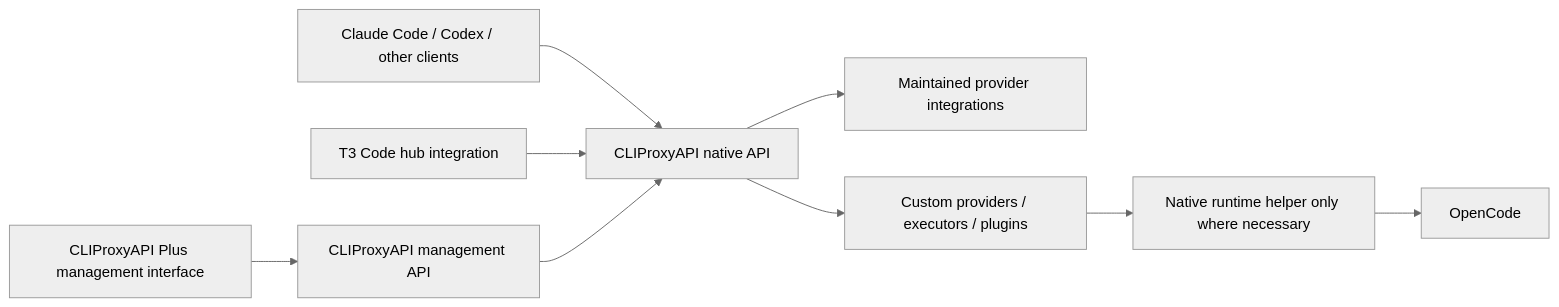
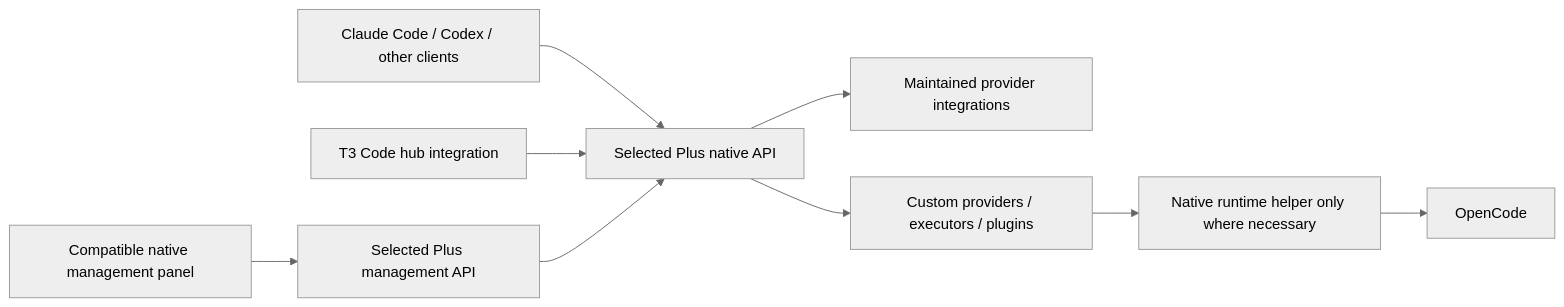
Before and after one commit to anschmieg/tokligence-gateway: the diagram in docs/design/gateway-product-scope-refactor.md, drawn with Mermaid (neutral theme). The commit also changed other lines of this file, not shown here.

Commit message:
docs: resolve gateway architecture review gaps and migration gates

````diff
--- a/docs/design/gateway-product-scope-refactor.md
+++ b/docs/design/gateway-product-scope-refactor.md
@@ -16,11 +16,11 @@
 ```mermaid
 flowchart LR
-    C[Claude Code / Codex / other clients] --> Q[CLIProxyAPI native API]
+    C[Claude Code / Codex / other clients] --> Q[Selected Plus native API]
     T[T3 Code hub integration] --> Q
-    M[CLIProxyAPI Plus management interface] --> A[CLIProxyAPI management API]
+    M[Compatible native management panel] --> A[Selected Plus management API]
     A --> Q
     Q --> P[Maintained provider integrations]
     Q --> X[Custom providers / executors / plugins]
     X --> N[Native runtime helper only where necessary]
     N --> Z[OpenCode]
 ```
````
